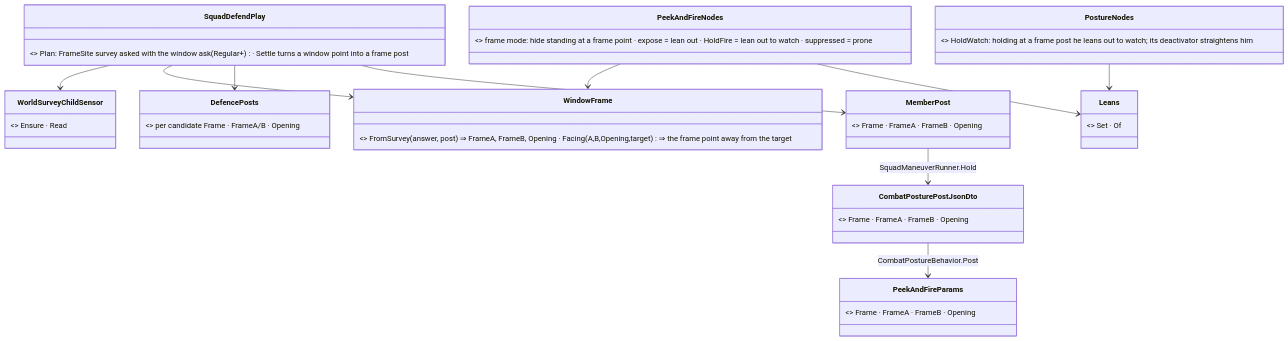
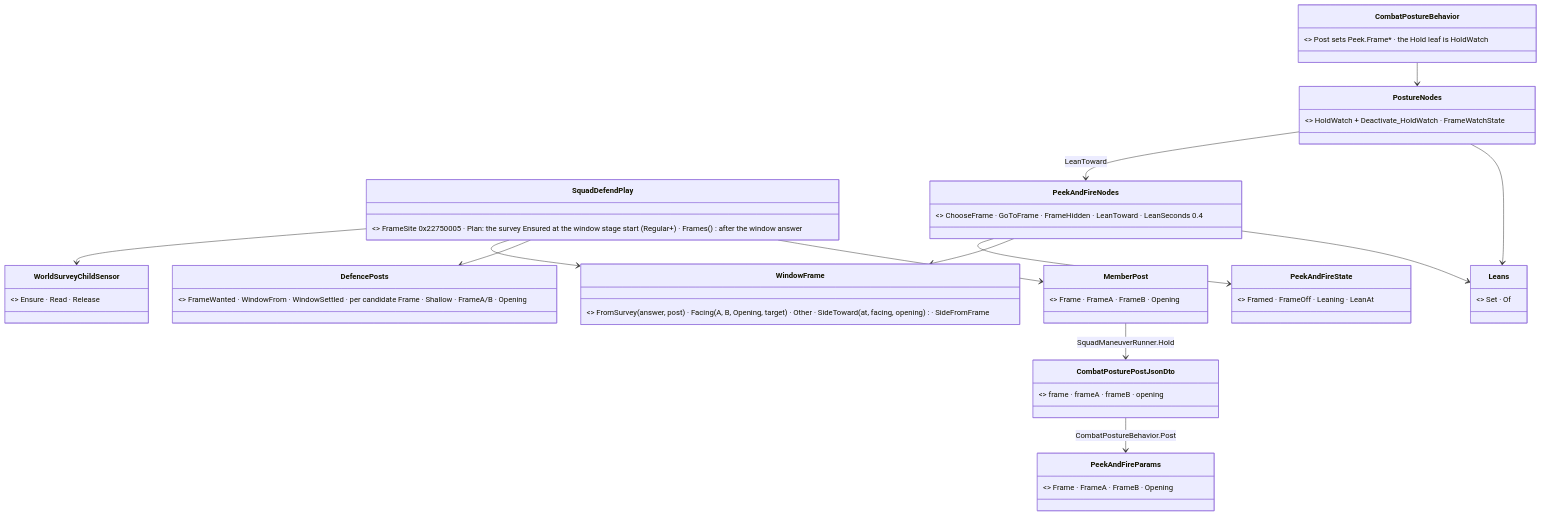
Diagram 25 of 54 in docs/designs/group-maneuvers/DESIGN_Defend_And_Attack_Position.md (pjanec/HROT), drawn with Mermaid before and after one commit. The commit also changed other lines of this file and 12 other files, not shown here.

````diff
--- a/docs/designs/group-maneuvers/DESIGN_Defend_And_Attack_Position.md
+++ b/docs/designs/group-maneuvers/DESIGN_Defend_And_Attack_Position.md
@@ -981,22 +981,27 @@
 ```mermaid
 classDiagram
-  class SquadDefendPlay { <<EXTENDED>> Plan: FrameSite survey asked with the window ask (Regular+) · Settle turns a window point into a frame post }
-  class DefencePosts { <<EXTENDED>> per candidate Frame · FrameA/B · Opening }
-  class WindowFrame { <<NEW, pure>> FromSurvey(answer, post) ⇒ FrameA, FrameB, Opening · Facing(A,B,Opening,target) ⇒ the frame point away from the target }
+  class SquadDefendPlay { <<EXTENDED>> FrameSite 0x22750005 · Plan: the survey Ensured at the window stage start (Regular+) · Frames() after the window answer }
+  class DefencePosts { <<EXTENDED>> FrameWanted · WindowFrom · WindowSettled · per candidate Frame · Shallow · FrameA/B · Opening }
+  class WindowFrame { <<NEW, pure>> FromSurvey(answer, post) · Facing(A, B, Opening, target) · Other · SideToward(at, facing, opening) · SideFromFrame }
   class MemberPost { <<EXTENDED>> Frame · FrameA · FrameB · Opening }
-  class CombatPosturePostJsonDto { <<EXTENDED>> Frame · FrameA · FrameB · Opening }
+  class CombatPosturePostJsonDto { <<EXTENDED>> frame · frameA · frameB · opening }
   class PeekAndFireParams { <<EXTENDED>> Frame · FrameA · FrameB · Opening }
-  class PeekAndFireNodes { <<EXTENDED>> frame mode: hide standing at a frame point · expose = lean out · HoldFire = lean out to watch · suppressed = prone }
-  class PostureNodes { <<EXTENDED>> HoldWatch: holding at a frame post he leans out to watch; its deactivator straightens him }
+  class PeekAndFireState { <<EXTENDED>> Framed · FrameOff · Leaning · LeanAt }
+  class PeekAndFireNodes { <<EXTENDED>> ChooseFrame · GoToFrame · FrameHidden · LeanToward · LeanSeconds 0.4 }
+  class PostureNodes { <<EXTENDED>> HoldWatch + Deactivate_HoldWatch · FrameWatchState }
+  class CombatPostureBehavior { <<EXTENDED>> Post sets Peek.Frame* · the Hold leaf is HoldWatch }
   class Leans { <<existing CE-3257>> Set · Of }
-  class WorldSurveyChildSensor { <<existing CE-3249>> Ensure · Read }
+  class WorldSurveyChildSensor { <<existing CE-3249>> Ensure · Read · Release }
   SquadDefendPlay --> WorldSurveyChildSensor
   SquadDefendPlay --> WindowFrame
   SquadDefendPlay --> DefencePosts
   SquadDefendPlay --> MemberPost
   MemberPost --> CombatPosturePostJsonDto : SquadManeuverRunner.Hold
   CombatPosturePostJsonDto --> PeekAndFireParams : CombatPostureBehavior.Post
+  PeekAndFireNodes --> PeekAndFireState
   PeekAndFireNodes --> WindowFrame
   PeekAndFireNodes --> Leans
+  PostureNodes --> PeekAndFireNodes : LeanToward
   PostureNodes --> Leans
+  CombatPostureBehavior --> PostureNodes
 ```
````
